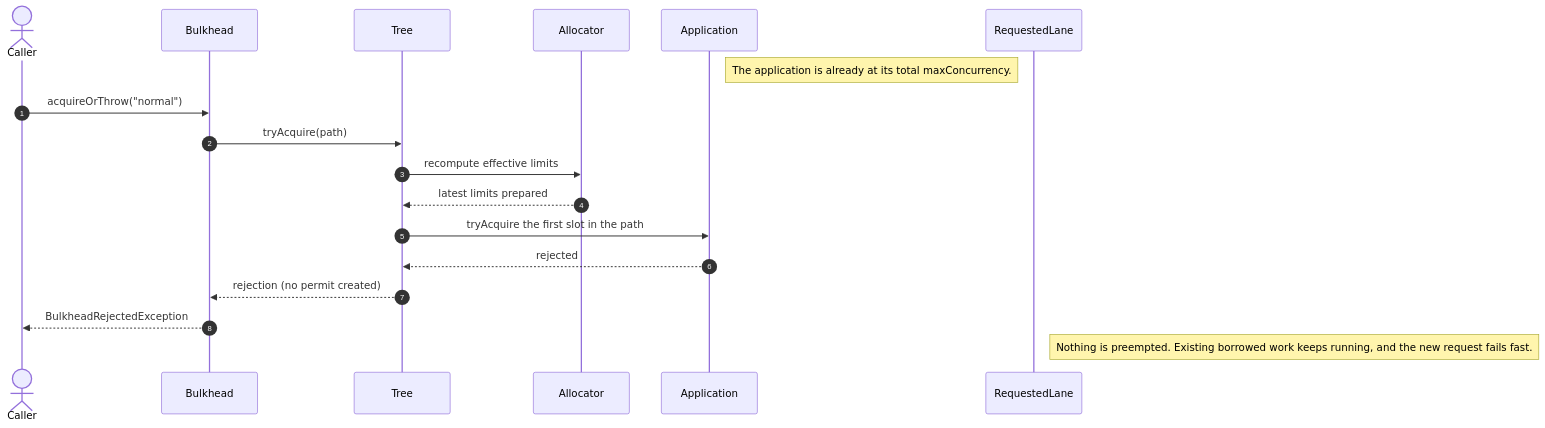
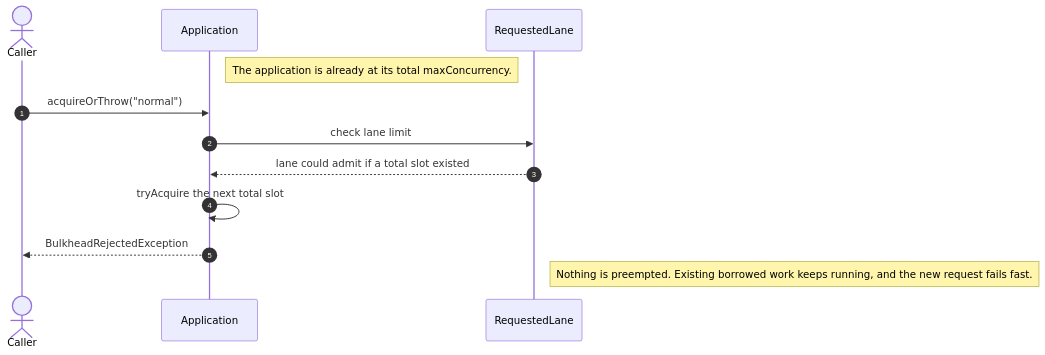
Before and after one commit to rrobetti/adaptive-bulkhead: the third of 4 diagrams in docs/sequence-diagrams.md, drawn with Mermaid. The commit also changed other lines of this file, not shown here.

Commit message:
docs: simplify sequence diagram participants

````diff
--- a/docs/sequence-diagrams.md
+++ b/docs/sequence-diagrams.md
@@ -89,20 +85,14 @@
 ```mermaid
 sequenceDiagram
     autonumber
     actor Caller
-    participant Bulkhead
-    participant Tree
-    participant Allocator
     participant Application
     participant RequestedLane
     Note right of Application: The application is already at its total maxConcurrency.
-    Caller->>Bulkhead: acquireOrThrow("normal")
-    Bulkhead->>Tree: tryAcquire(path)
-    Tree->>Allocator: recompute effective limits
-    Allocator-->>Tree: latest limits prepared
-    Tree->>Application: tryAcquire the first slot in the path
-    Application-->>Tree: rejected
-    Tree-->>Bulkhead: rejection (no permit created)
-    Bulkhead-->>Caller: BulkheadRejectedException
+    Caller->>Application: acquireOrThrow("normal")
+    Application->>RequestedLane: check lane limit
+    RequestedLane-->>Application: lane could admit if a total slot existed
+    Application->>Application: tryAcquire the next total slot
+    Application-->>Caller: BulkheadRejectedException
     Note right of RequestedLane: Nothing is preempted. Existing borrowed work keeps running, and the new request fails fast.
 ```
````
